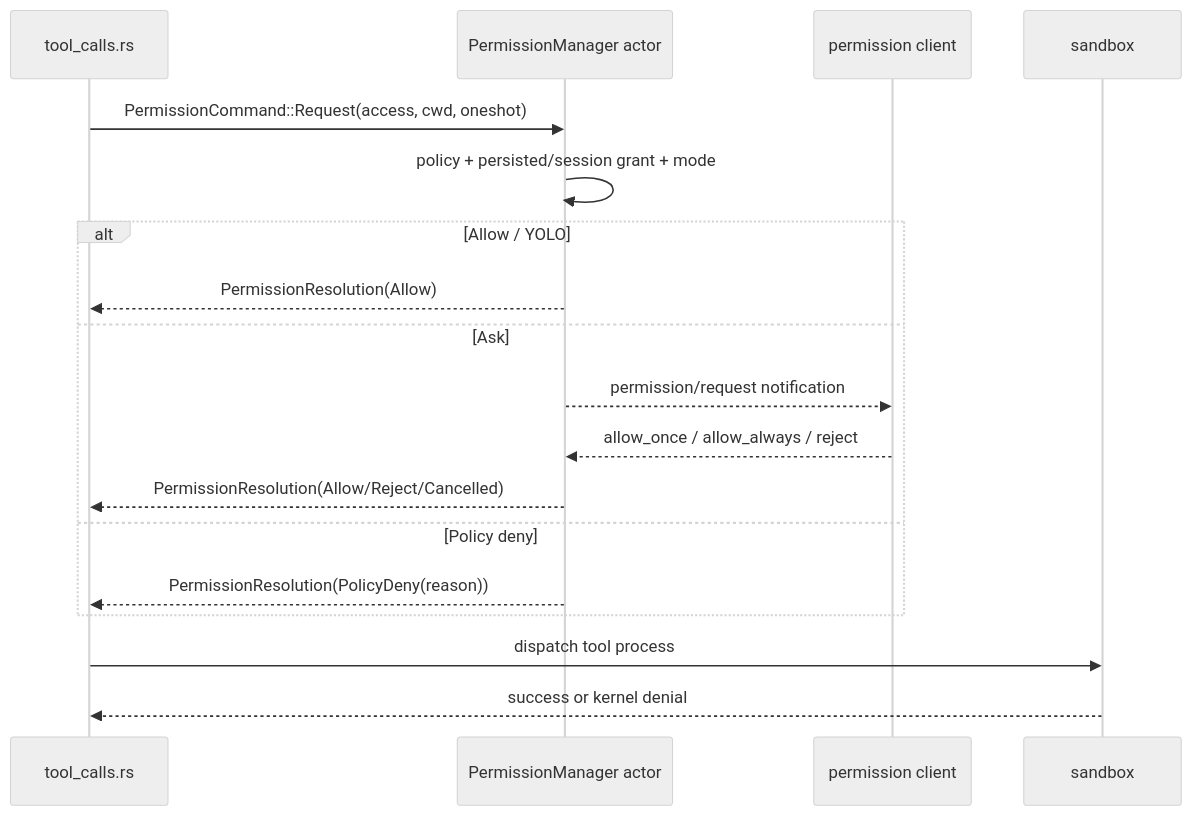
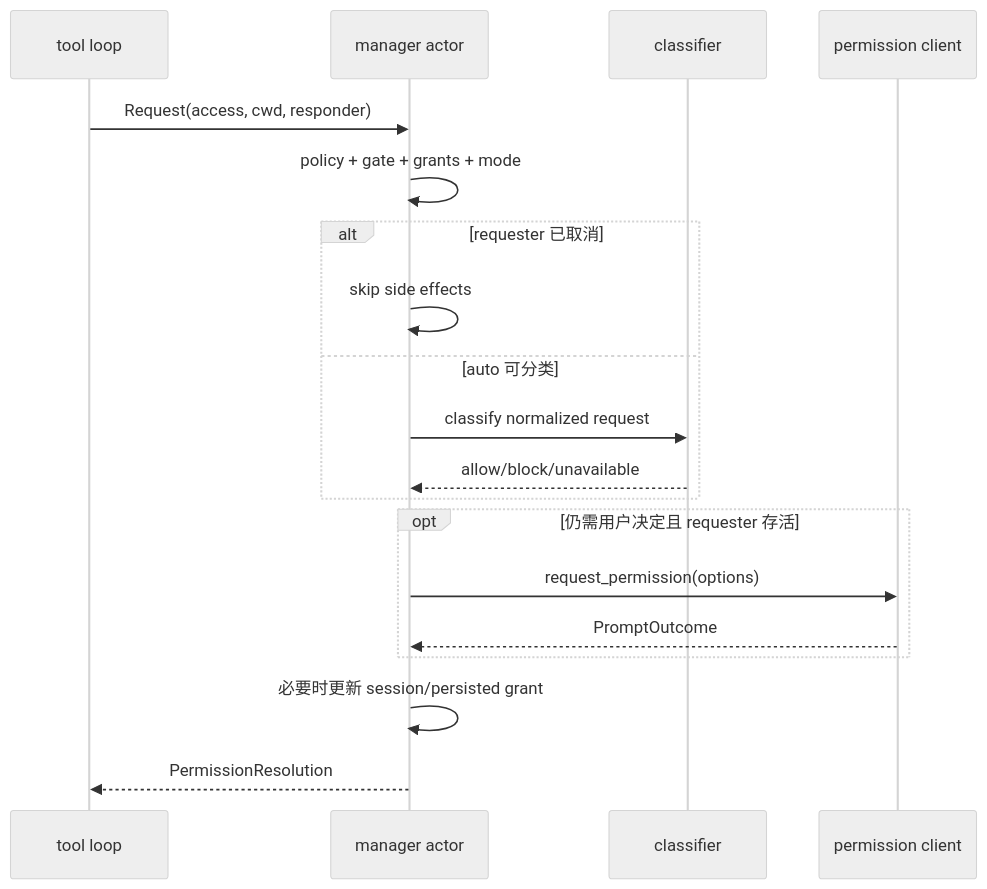
Before and after one commit to stormZhu/grok-build: the fourth of 4 diagrams in docs/deep-dives/permissions-and-sandbox.md, drawn with Mermaid (neutral theme). The commit also changed other lines of this file and 20 other files, not shown here.

````diff
--- a/docs/deep-dives/permissions-and-sandbox.md
+++ b/docs/deep-dives/permissions-and-sandbox.md
@@ -95,20 +405,21 @@
 ```mermaid
 sequenceDiagram
-    participant T as tool_calls.rs
-    participant PM as PermissionManager actor
-    participant UI as permission client
-    participant OS as sandbox
-    T->>PM: PermissionCommand::Request(access, cwd, oneshot)
-    PM->>PM: policy + persisted/session grant + mode
-    alt Allow / YOLO
-        PM-->>T: PermissionResolution(Allow)
-    else Ask
-        PM-->>UI: permission/request notification
-        UI-->>PM: allow_once / allow_always / reject
-        PM-->>T: PermissionResolution(Allow/Reject/Cancelled)
-    else Policy deny
-        PM-->>T: PermissionResolution(PolicyDeny(reason))
+    participant T as tool loop
+    participant A as manager actor
+    participant C as classifier
+    participant U as permission client
+    T->>A: Request(access, cwd, responder)
+    A->>A: policy + gate + grants + mode
+    alt requester 已取消
+        A->>A: skip side effects
+    else auto 可分类
+        A->>C: classify normalized request
+        C-->>A: allow/block/unavailable
     end
-    T->>OS: dispatch tool process
-    OS-->>T: success or kernel denial
+    opt 仍需用户决定且 requester 存活
+        A->>U: request_permission(options)
+        U-->>A: PromptOutcome
+    end
+    A->>A: 必要时更新 session/persisted grant
+    A-->>T: PermissionResolution
 ```
````
